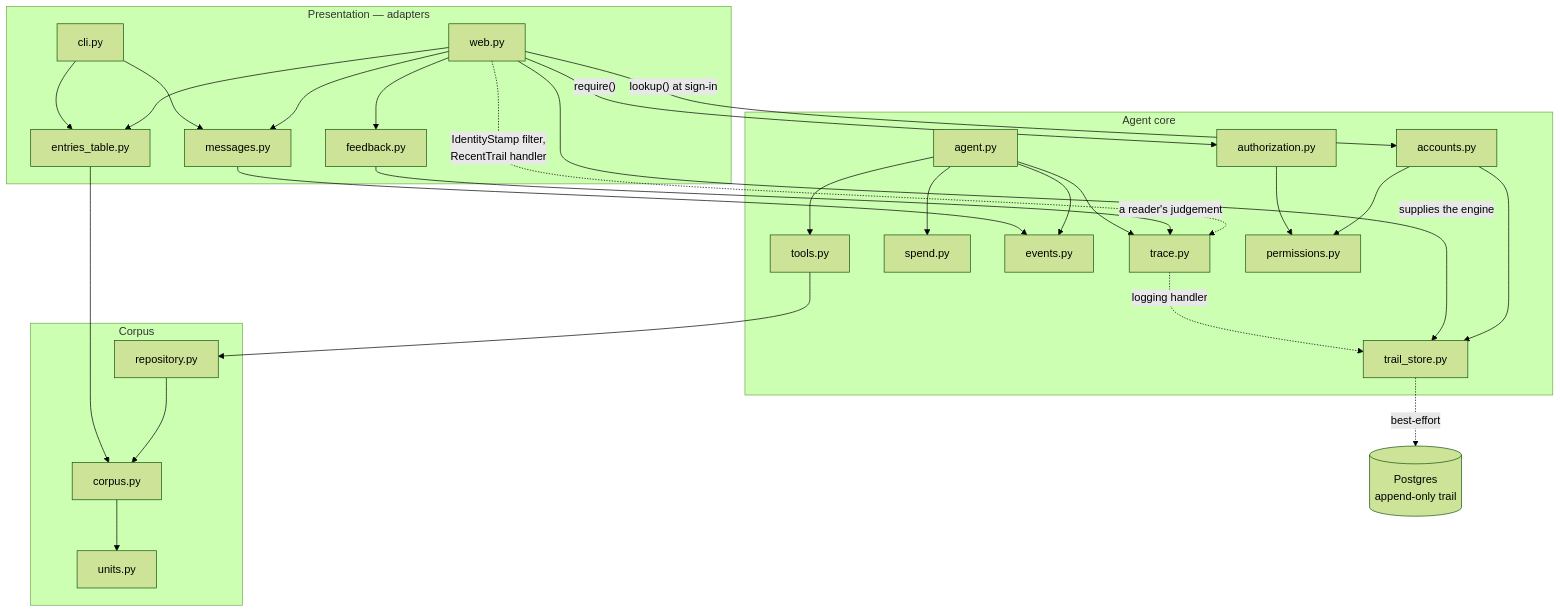
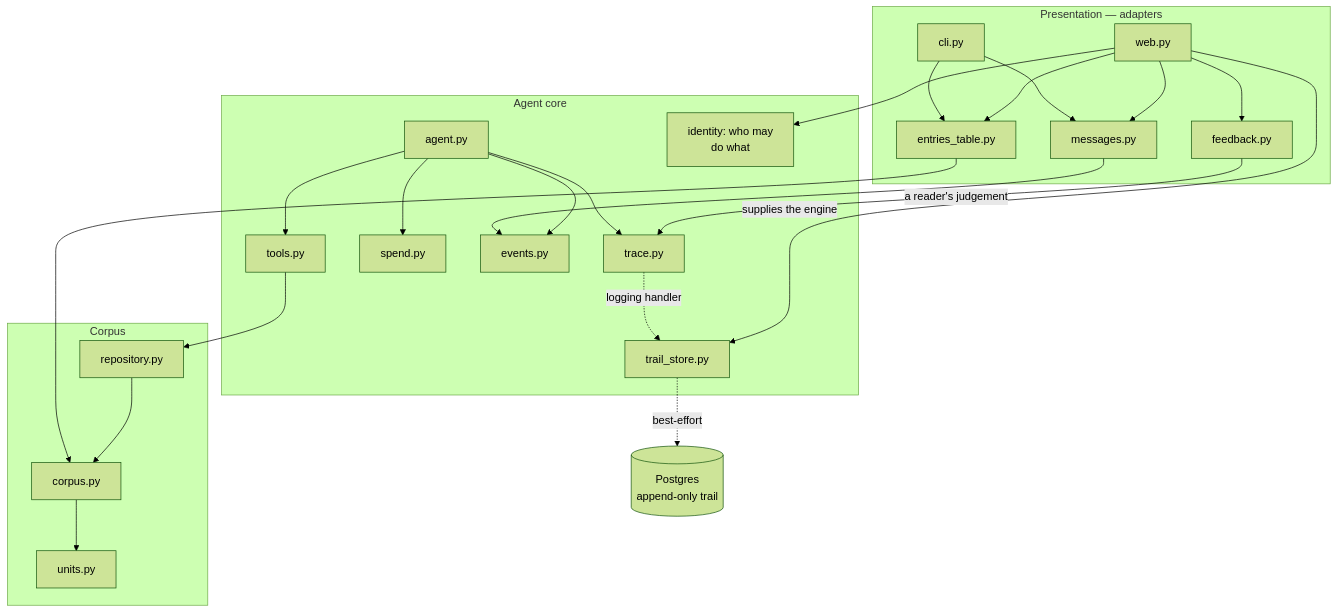
One commit to DukeOfErl/Numera changed the third of 6 diagrams in docs/diagrams/architecture.md. Above: the diagram before and after it, drawn with Mermaid (forest theme). The commit also changed other lines of this file and 5 other files, not shown here.

````diff
--- a/docs/diagrams/architecture.md
+++ b/docs/diagrams/architecture.md
@@ -89,52 +89,45 @@
 ```mermaid
 flowchart TB
     subgraph presentation["Presentation — adapters"]
         cli[cli.py]
         web[web.py]
         messages[messages.py]
         table[entries_table.py]
         fb[feedback.py]
     end
     subgraph core["Agent core"]
         agent[agent.py]
         tools[tools.py]
         spend[spend.py]
         events[events.py]
         trace[trace.py]
         store[trail_store.py]
-        perm[permissions.py]
-        authz[authorization.py]
-        acct[accounts.py]
+        identity[identity: who may<br/>do what]
     end
     subgraph data["Corpus"]
         corpus[corpus.py]
         repo[repository.py]
         units[units.py]
     end
     pg[("Postgres<br/>append-only trail")]
 
     cli --> messages
     web --> messages
     messages --> events
     cli --> table
     web --> table
     table --> corpus
     agent --> tools
     agent --> spend
     agent --> events
     agent --> trace
     tools --> repo
     repo --> corpus
     corpus --> units
     trace -. "logging handler" .-> store
     store -. "best-effort" .-> pg
     web -- "supplies the engine" --> store
     web --> fb
     fb -- "a reader's judgement" --> trace
-    web -- "require()" --> authz
-    authz --> perm
-    web -- "lookup() at sign-in" --> acct
-    acct --> perm
-    acct --> store
-    web -. "IdentityStamp filter,<br/>RecentTrail handler" .-> trace
+    web --> identity
 ```
````
